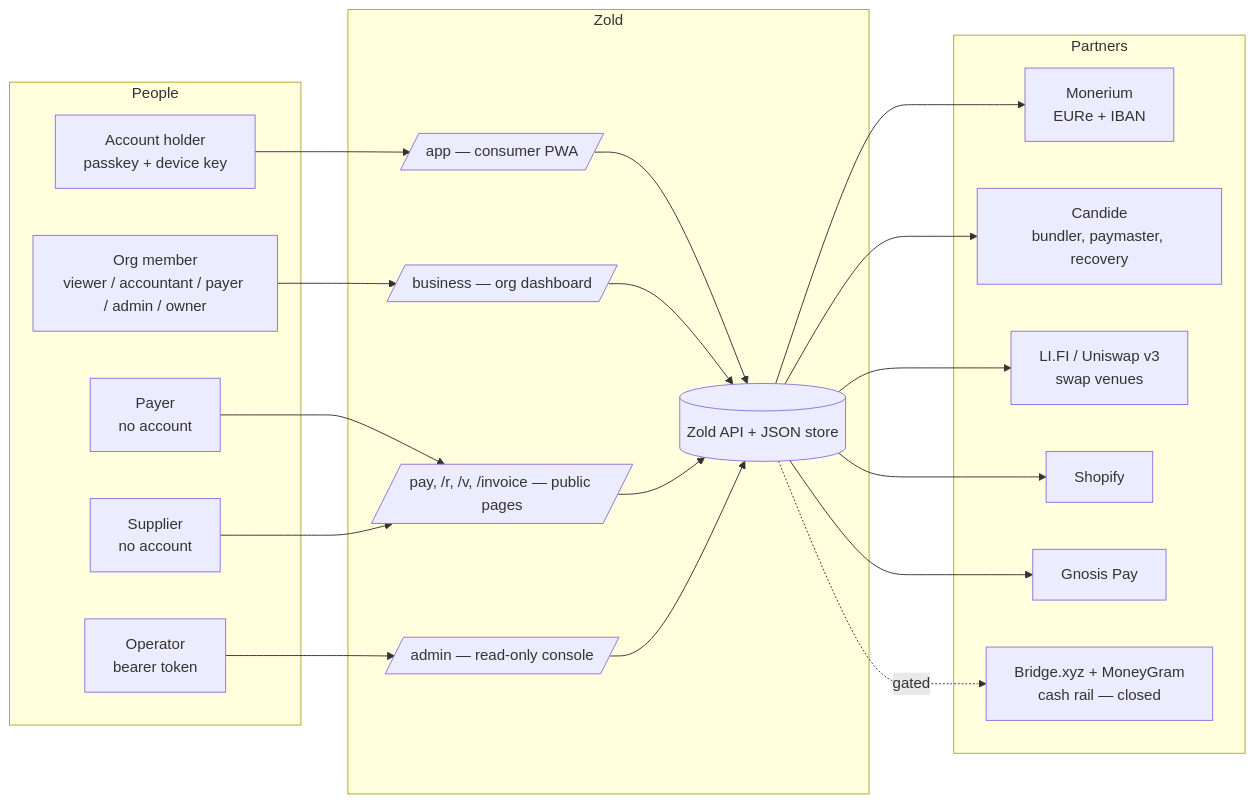
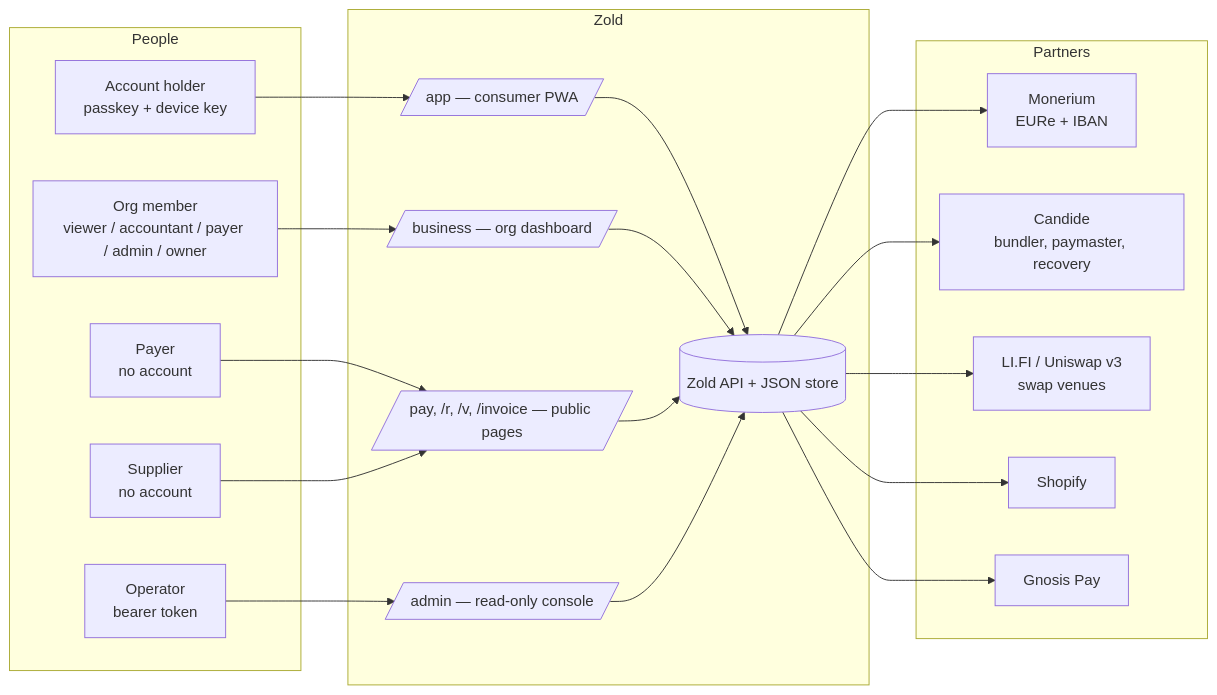
One commit to Zoldenburg-me/Zold-app changed the first of 5 diagrams in docs/architecture/product-architecture.md. Above: the diagram before and after it, drawn with Mermaid. The commit also changed other lines of this file and 101 other files, not shown here.

First line of the commit message:
Remove the cash rail: MoneyGram, Stellar and Bridge.xyz

````diff
--- a/docs/architecture/product-architecture.md
+++ b/docs/architecture/product-architecture.md
@@ -62,32 +62,30 @@
 ```mermaid
 flowchart LR
   subgraph People
     U[Account holder<br/>passkey + device key]
     M[Org member<br/>viewer / accountant / payer / admin / owner]
     P[Payer<br/>no account]
     S[Supplier<br/>no account]
     OP[Operator<br/>bearer token]
   end
   subgraph Zold
     APP[/app — consumer PWA/]
     BIZ[/business — org dashboard/]
     PUB[/pay, /r, /v, /invoice — public pages/]
     ADM[/admin — read-only console/]
     API[(Zold API + JSON store)]
   end
   subgraph Partners
     MON[Monerium<br/>EURe + IBAN]
     CAN[Candide<br/>bundler, paymaster, recovery]
     VEN[LI.FI / Uniswap v3<br/>swap venues]
     SH[Shopify]
     GP[Gnosis Pay]
-    BR[Bridge.xyz + MoneyGram<br/>cash rail — closed]
   end
   U --> APP --> API
   M --> BIZ --> API
   P --> PUB --> API
   S --> PUB
   OP --> ADM --> API
   API --> MON & CAN & VEN & SH & GP
-  API -.gated.-> BR
 ```
````
